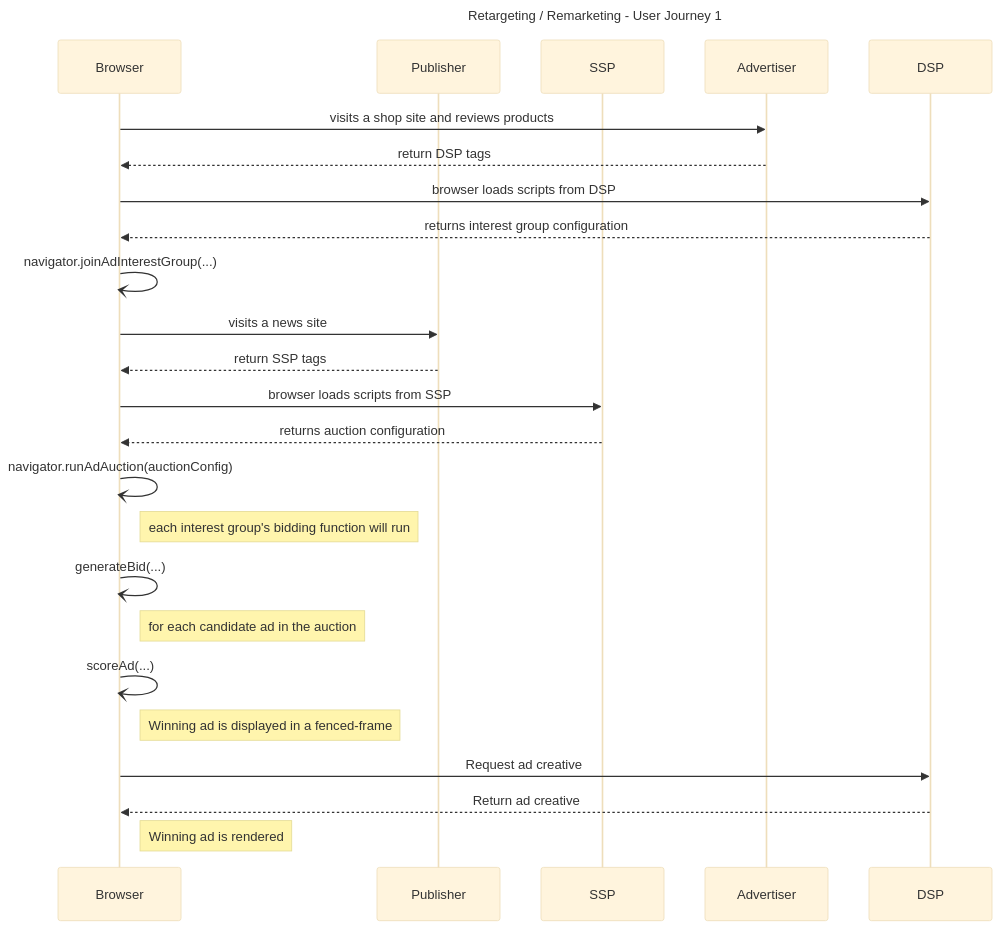
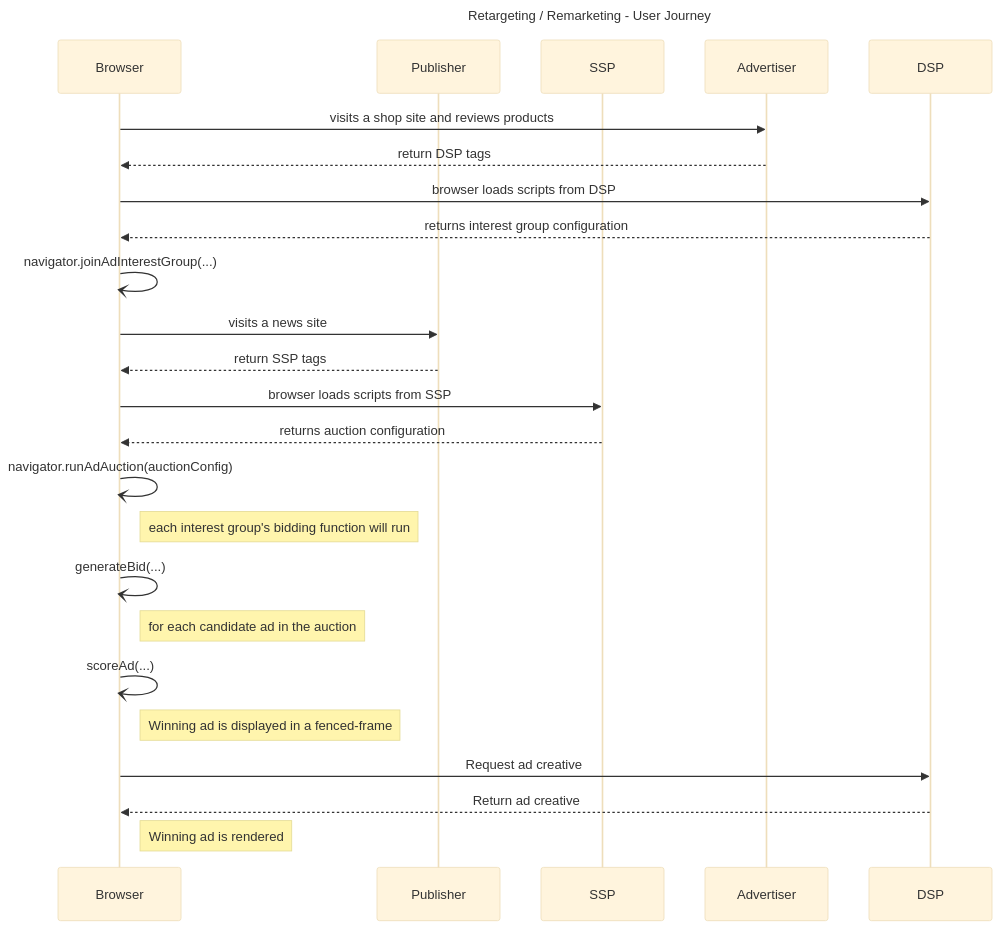
One commit to privacysandbox/privacy-sandbox-demos changed the diagram in services/home/docs/demos/retargeting-remarketing.md. Above: the diagram before and after it, drawn with Mermaid (base theme). The commit also changed other lines of this file and 2 other files, not shown here.

````diff
--- a/services/home/docs/demos/retargeting-remarketing.md
+++ b/services/home/docs/demos/retargeting-remarketing.md
@@ -74,37 +74,37 @@
 ```mermaid
 sequenceDiagram
-Title: Retargeting / Remarketing - User Journey 1
+Title: Retargeting / Remarketing - User Journey
 
 participant Browser
 participant Publisher
 participant SSP
 participant Advertiser
 participant DSP
 
 Browser->>Advertiser:visits a shop site and reviews products
 Advertiser-->>Browser:return DSP tags
 Browser->>DSP:browser loads scripts from DSP
 DSP-->>Browser:returns interest group configuration
 
 Browser-)Browser:navigator.joinAdInterestGroup(...)
 
 Browser->>Publisher:visits a news  site
 Publisher-->>Browser:return SSP tags
 Browser->>SSP:browser loads scripts from SSP
 SSP-->>Browser:returns auction configuration
 
 Browser-)Browser:navigator.runAdAuction(auctionConfig)
 
 note right of Browser:each interest group's bidding function will run
 Browser-)Browser:generateBid(...)
 
 note right of Browser:for each candidate ad in the auction
 Browser-)Browser:scoreAd(...)
 
 note right of Browser:Winning ad is displayed in a fenced-frame
 Browser->>DSP:Request ad creative
 DSP-->>Browser:Return ad creative
 
 Note right of Browser:Winning ad is rendered
 
 ```
````
